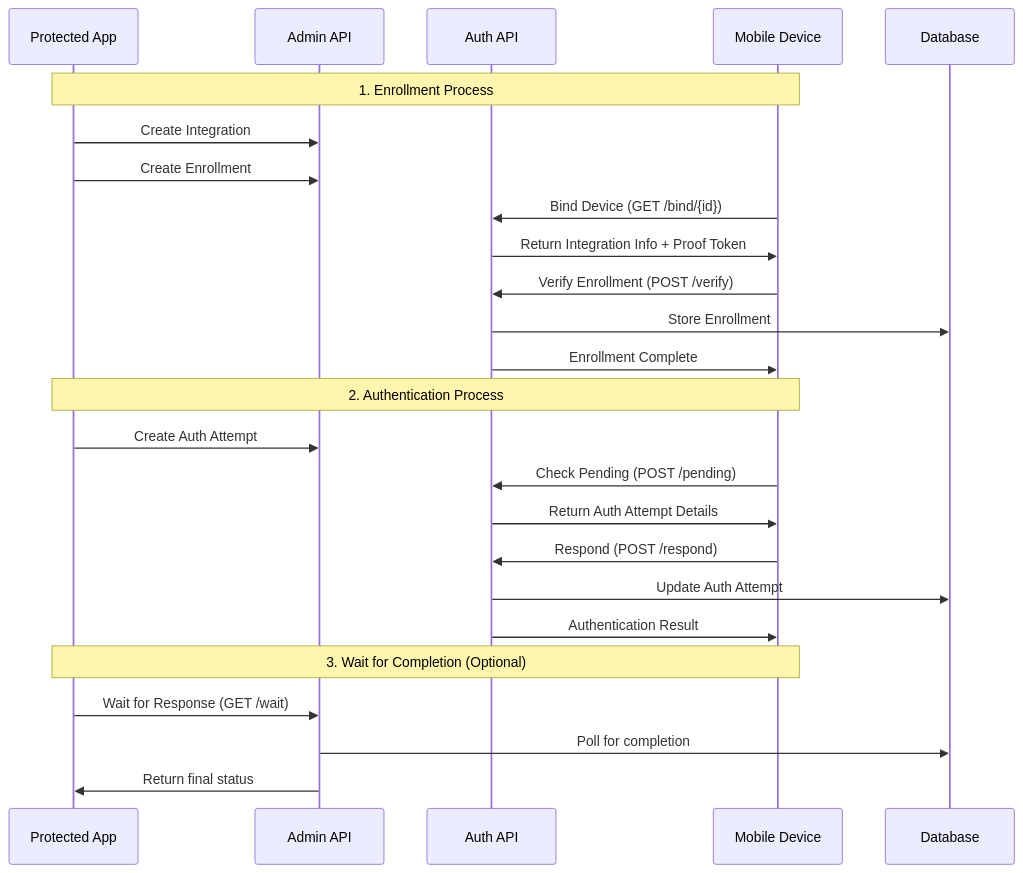
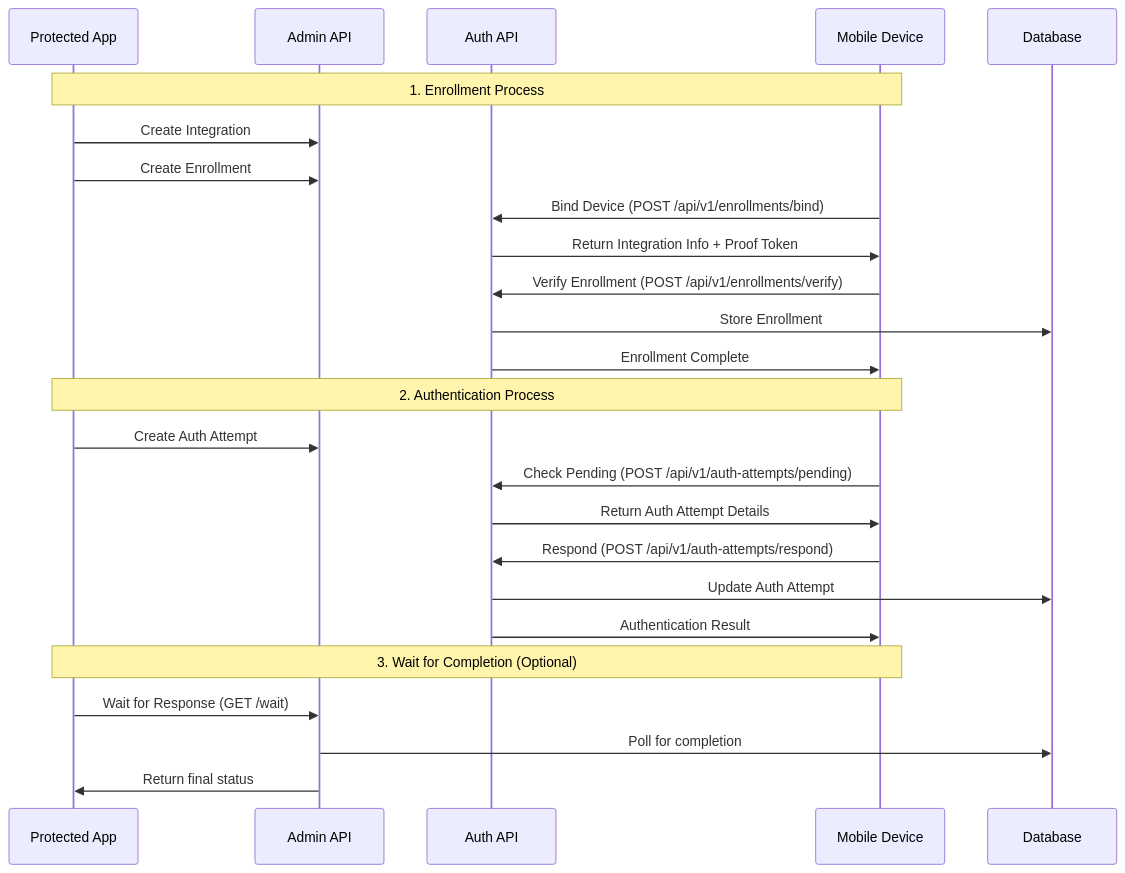
Before and after one commit to mgagp/ezkey: the fifth of 11 diagrams in README.md, drawn with Mermaid. The commit also changed other lines of this file and 77 other files, not shown here.

````diff
--- a/README.md
+++ b/README.md
@@ -206,30 +206,30 @@
 ```mermaid
 sequenceDiagram
     participant App as Protected App
     participant Admin as Admin API
     participant Auth as Auth API
     participant Mobile as Mobile Device
     participant DB as Database
     
     Note over App,Mobile: 1. Enrollment Process
     App->>Admin: Create Integration
     App->>Admin: Create Enrollment
-    Mobile->>Auth: Bind Device (GET /bind/{id})
+    Mobile->>Auth: Bind Device (POST /api/v1/enrollments/bind)
     Auth->>Mobile: Return Integration Info + Proof Token
-    Mobile->>Auth: Verify Enrollment (POST /verify)
+    Mobile->>Auth: Verify Enrollment (POST /api/v1/enrollments/verify)
     Auth->>DB: Store Enrollment
     Auth->>Mobile: Enrollment Complete
     
     Note over App,Mobile: 2. Authentication Process
     App->>Admin: Create Auth Attempt
-    Mobile->>Auth: Check Pending (POST /pending)
+    Mobile->>Auth: Check Pending (POST /api/v1/auth-attempts/pending)
     Auth->>Mobile: Return Auth Attempt Details
-    Mobile->>Auth: Respond (POST /respond)
+    Mobile->>Auth: Respond (POST /api/v1/auth-attempts/respond)
     Auth->>DB: Update Auth Attempt
     Auth->>Mobile: Authentication Result
     
     Note over App,Mobile: 3. Wait for Completion (Optional)
     App->>Admin: Wait for Response (GET /wait)
     Admin->>DB: Poll for completion
     Admin->>App: Return final status
 ```
````
